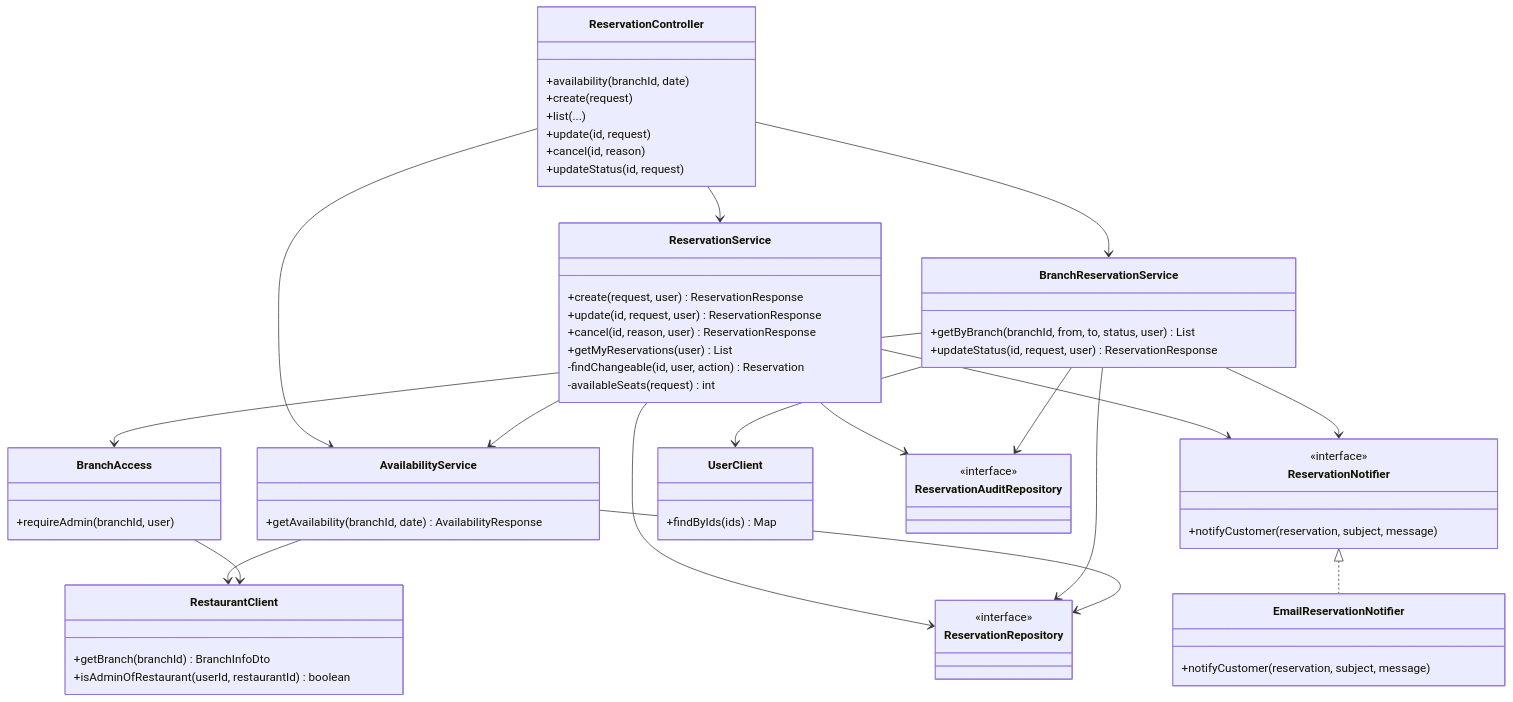
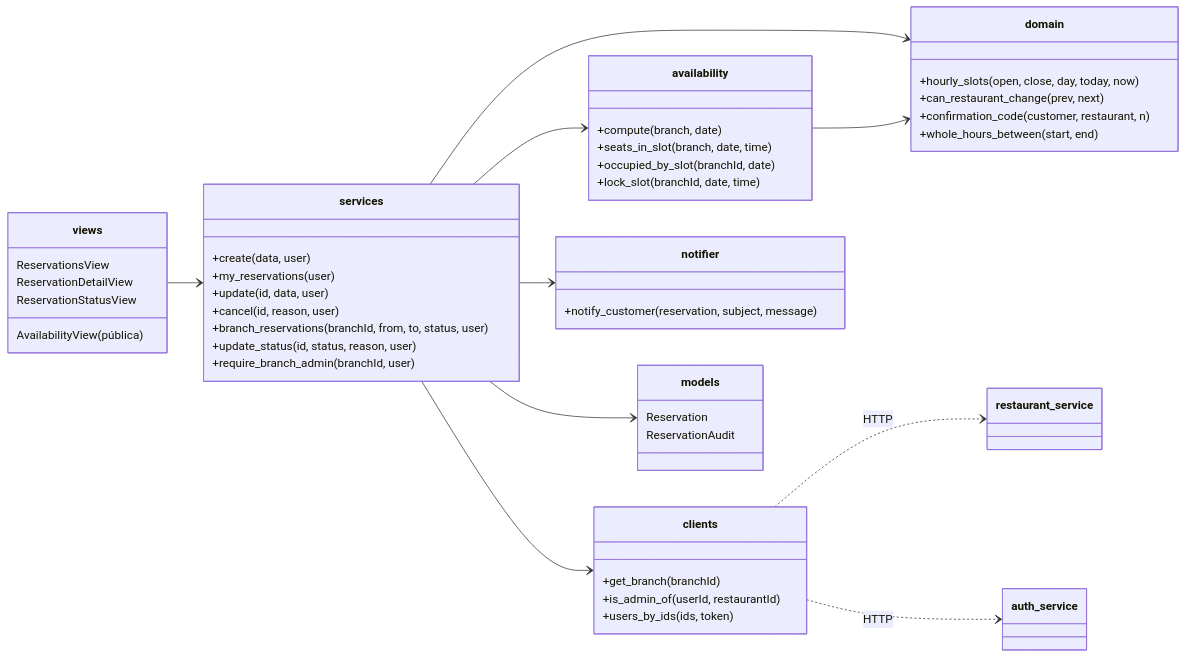
Before and after one commit to DeiviCode99/ReservaYaEP-2026-2: the fourth of 4 diagrams in docs/SRS-ReservaYa.md, drawn with Mermaid. The commit also changed other lines of this file and 3 other files, not shown here.

````diff
--- a/docs/SRS-ReservaYa.md
+++ b/docs/SRS-ReservaYa.md
@@ -357,68 +360,52 @@
 ```mermaid
 classDiagram
-    direction TB
-
-    class ReservationController {
-        +availability(branchId, date)
-        +create(request)
-        +list(...)
-        +update(id, request)
-        +cancel(id, reason)
-        +updateStatus(id, request)
+    direction LR
+    class views {
+        AvailabilityView (pública)
+        ReservationsView
+        ReservationDetailView
+        ReservationStatusView
     }
-    class ReservationService {
-        +create(request, user) ReservationResponse
-        +update(id, request, user) ReservationResponse
-        +cancel(id, reason, user) ReservationResponse
-        +getMyReservations(user) List
-        -findChangeable(id, user, action) Reservation
-        -availableSeats(request) int
+    class services {
+        +create(data, user)
+        +my_reservations(user)
+        +update(id, data, user)
+        +cancel(id, reason, user)
+        +branch_reservations(branchId, from, to, status, user)
+        +update_status(id, status, reason, user)
+        +require_branch_admin(branchId, user)
     }
-    class BranchReservationService {
-        +getByBranch(branchId, from, to, status, user) List
-        +updateStatus(id, request, user) ReservationResponse
+    class availability {
+        +compute(branch, date)
+        +seats_in_slot(branch, date, time)
+        +occupied_by_slot(branchId, date)
+        +lock_slot(branchId, date, time)
     }
-    class AvailabilityService {
-        +getAvailability(branchId, date) AvailabilityResponse
+    class domain {
+        +hourly_slots(open, close, day, today, now)
+        +can_restaurant_change(prev, next)
+        +confirmation_code(customer, restaurant, n)
+        +whole_hours_between(start, end)
     }
-    class ReservationNotifier {
-        <<interface>>
-        +notifyCustomer(reservation, subject, message)
+    class clients {
+        +get_branch(branchId)
+        +is_admin_of(userId, restaurantId)
+        +users_by_ids(ids, token)
     }
-    class EmailReservationNotifier {
-        +notifyCustomer(reservation, subject, message)
+    class notifier {
+        +notify_customer(reservation, subject, message)
     }
-    class BranchAccess {
-        +requireAdmin(branchId, user)
+    class models {
+        Reservation
+        ReservationAudit
     }
-    class RestaurantClient {
-        +getBranch(branchId) BranchInfoDto
-        +isAdminOfRestaurant(userId, restaurantId) boolean
-    }
-    class UserClient {
-        +findByIds(ids) Map
-    }
-    class ReservationRepository {
-        <<interface>>
-    }
-    class ReservationAuditRepository {
-        <<interface>>
-    }
-
-    ReservationController --> ReservationService
-    ReservationController --> BranchReservationService
-    ReservationController --> AvailabilityService
-    ReservationService --> AvailabilityService
-    ReservationService --> ReservationRepository
-    ReservationService --> ReservationAuditRepository
-    ReservationService --> ReservationNotifier
-    BranchReservationService --> ReservationRepository
-    BranchReservationService --> ReservationAuditRepository
-    BranchReservationService --> BranchAccess
-    BranchReservationService --> UserClient
-    BranchReservationService --> ReservationNotifier
-    AvailabilityService --> RestaurantClient
-    AvailabilityService --> ReservationRepository
-    BranchAccess --> RestaurantClient
-    ReservationNotifier <|.. EmailReservationNotifier
+    views --> services
+    services --> availability
+    services --> domain
+    services --> clients
+    services --> notifier
+    services --> models
+    availability --> domain
+    clients ..> restaurant_service : HTTP
+    clients ..> auth_service : HTTP
 ```
````
